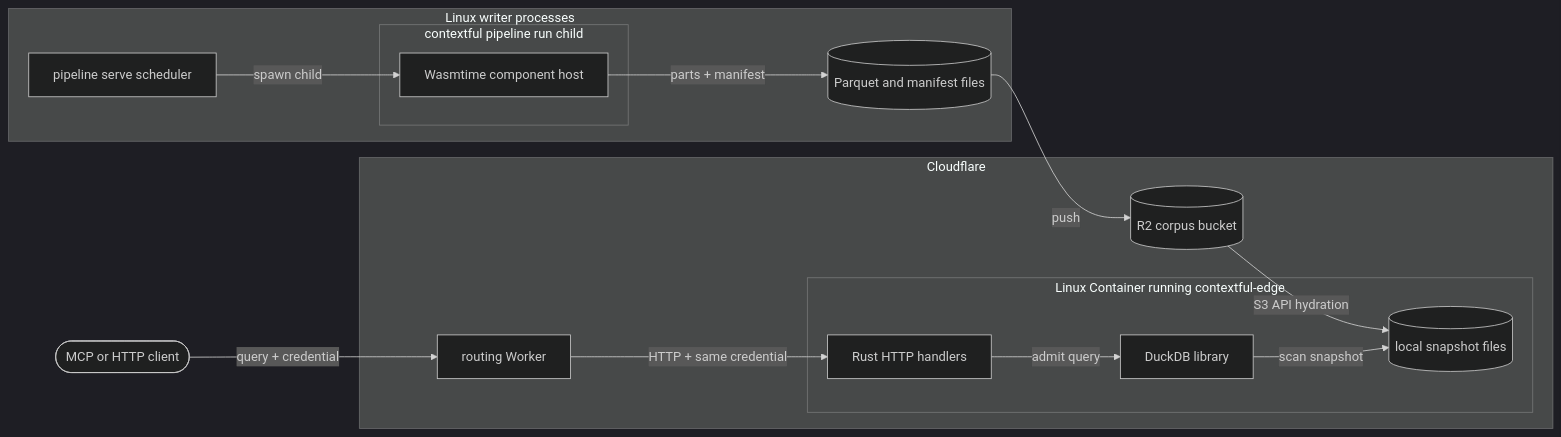
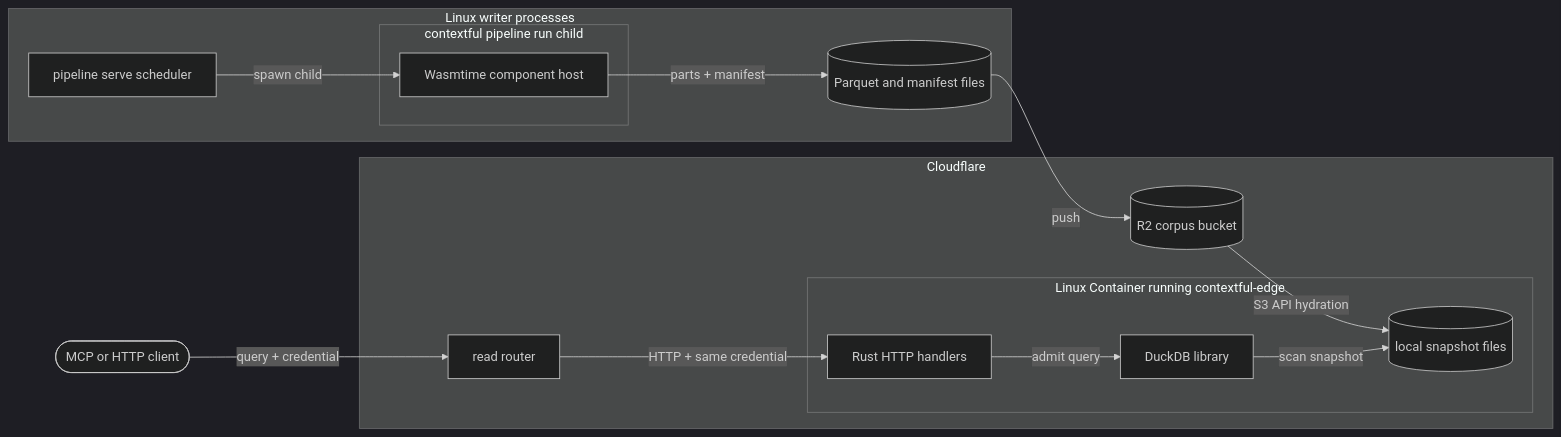
One commit to fractalboxdev/contextful changed the diagram in spec/guide/topology.md. Above: the diagram before and after it, drawn with Mermaid (dark theme). The commit also changed other lines of this file and 6 other files, not shown here.

Commit message:
spec: the Worker routing reads between Basin SQL and the Container is the read router

````diff
--- a/spec/guide/topology.md
+++ b/spec/guide/topology.md
@@ -52,28 +52,28 @@
 ```mermaid
 flowchart LR
   CALLER(["MCP or HTTP client"]):::muted
   subgraph SERVER["Linux writer processes"]
     TICK["pipeline serve scheduler"]:::accent
     subgraph CHILD["contextful pipeline run child"]
       STEP["Wasmtime component host"]:::accent
     end
     STORE[("Parquet and manifest files")]:::store
   end
   subgraph PROV["Cloudflare"]
-    HOP["routing Worker"]:::accent
+    HOP["read router"]:::accent
     BUCKET[("R2 corpus bucket")]:::store
     subgraph RET["Linux Container running contextful-edge"]
       FACE["Rust HTTP handlers"]:::accent
       SQL["DuckDB library"]:::accent
       COPY[("local snapshot files")]:::store
     end
   end
   TICK -- "spawn child" --> STEP
   STEP -- "parts + manifest" --> STORE
   STORE -- "push" --> BUCKET
   BUCKET -- "S3 API hydration" --> COPY
   CALLER -- "query + credential" --> HOP
   HOP -- "HTTP + same credential" --> FACE
   FACE -- "admit query" --> SQL
   SQL -- "scan snapshot" --> COPY
 ```
````
